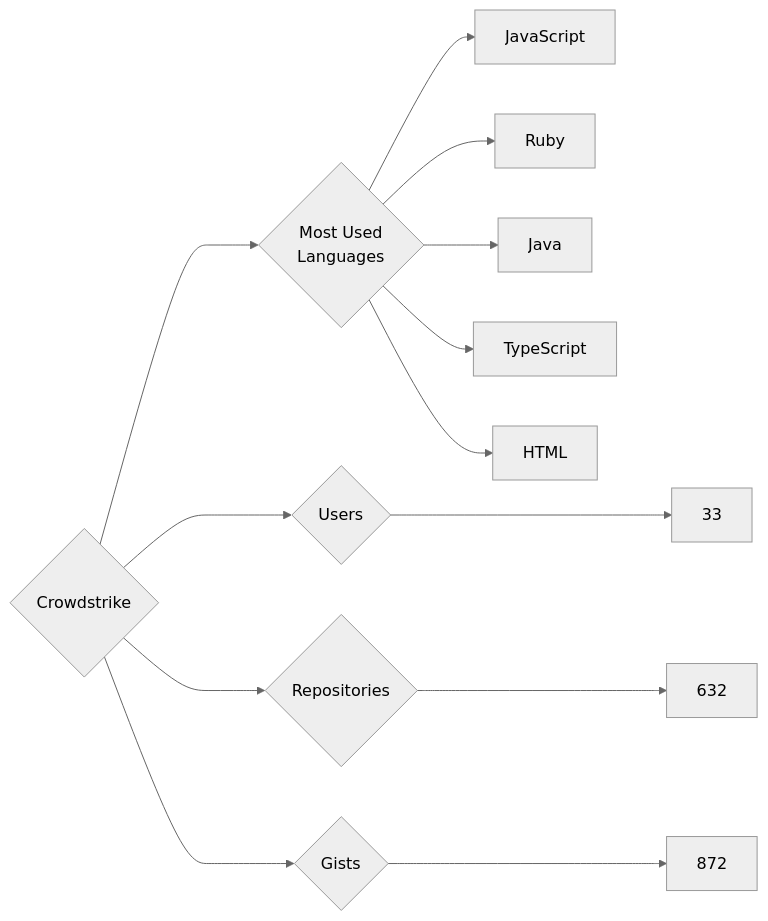
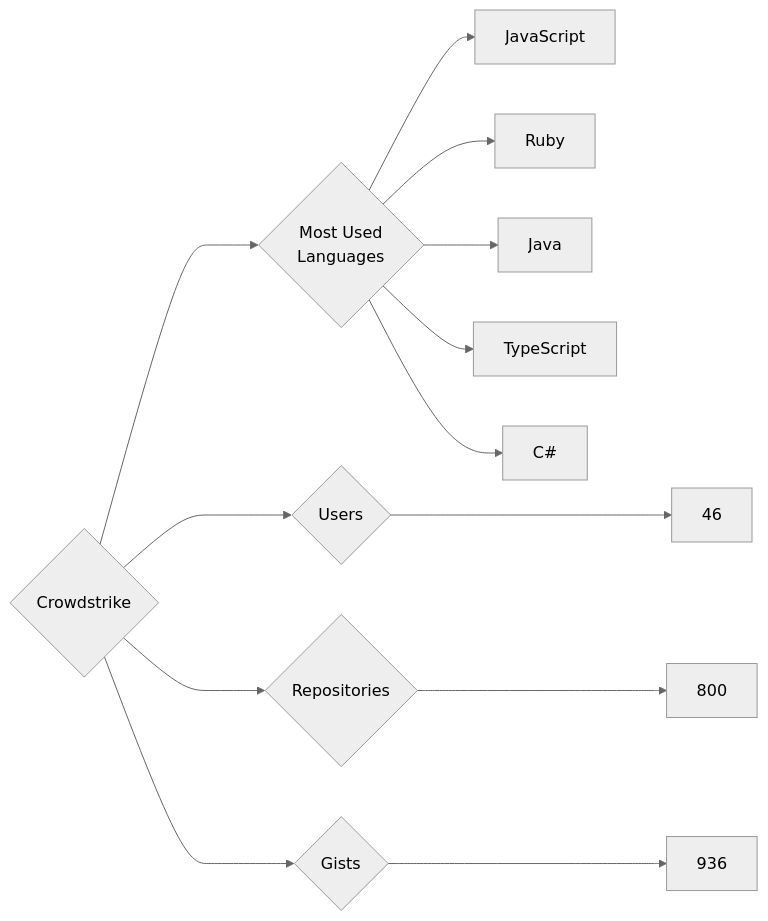
One commit to trickest/insiders changed the diagram in targets/Crowdstrike/README.md. Above: the diagram before and after it, drawn with Mermaid (neutral theme). The commit also changed 629 other files, not shown here.

````diff
--- a/targets/Crowdstrike/README.md
+++ b/targets/Crowdstrike/README.md
@@ -3,13 +3,13 @@
 ```mermaid
 graph LR
 COMPANY_NAME{Crowdstrike}
-COMPANY_NAME ---> U{Users} ---> UN[33]
-COMPANY_NAME ---> R{Repositories} ---> RN[632]
-COMPANY_NAME ---> G{Gists} ---> GN[872]
+COMPANY_NAME ---> U{Users} ---> UN[46]
+COMPANY_NAME ---> R{Repositories} ---> RN[800]
+COMPANY_NAME ---> G{Gists} ---> GN[936]
 COMPANY_NAME ---> ML{Most Used<br>Languages}
 ML --> JavaScript[JavaScript]
 ML --> Ruby[Ruby]
 ML --> Java[Java]
 ML --> TypeScript[TypeScript]
-ML --> HTML[HTML]
+ML --> C#[C#]
 ```
````
